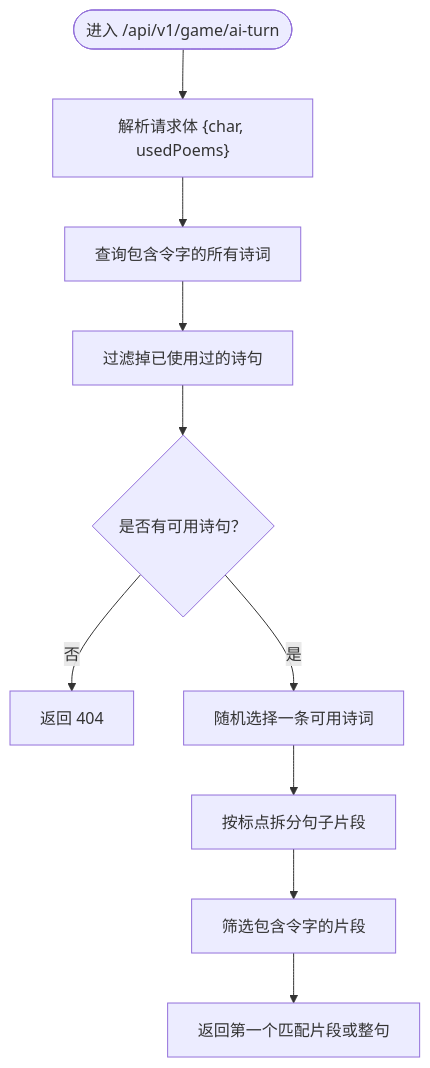
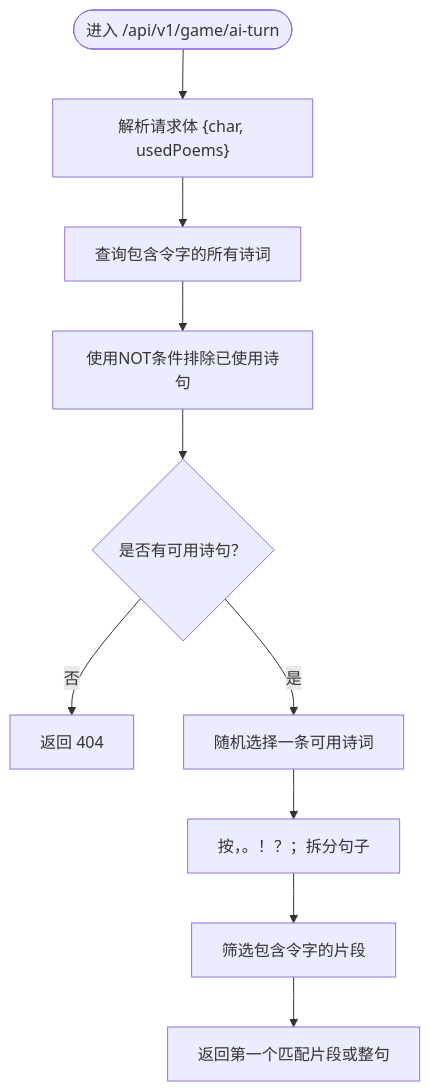
Before and after one commit to iazrael/feihua-ling: the third of 5 diagrams in .qoder/repowiki/zh/content/API接口文档/AI出句接口.md, drawn with Mermaid. The commit also changed other lines of this file and 10 other files, not shown here.

````diff
--- a/.qoder/repowiki/zh/content/API接口文档/AI出句接口.md
+++ b/.qoder/repowiki/zh/content/API接口文档/AI出句接口.md
@@ -114,12 +114,12 @@
 ```mermaid
 flowchart TD
 Start(["进入 /api/v1/game/ai-turn"]) --> Parse["解析请求体 {char, usedPoems}"]
 Parse --> Query["查询包含令字的所有诗词"]
-Query --> Filter["过滤掉已使用过的诗句"]
+Query --> Filter["使用NOT条件排除已使用诗句"]
 Filter --> HasAvail{"是否有可用诗句？"}
 HasAvail --> |否| NotFound["返回 404"]
 HasAvail --> |是| Pick["随机选择一条可用诗词"]
-Pick --> Split["按标点拆分句子片段"]
+Pick --> Split["按，。！？；拆分句子"]
 Split --> Select["筛选包含令字的片段"]
 Select --> Return["返回第一个匹配片段或整句"]
 ```
````
